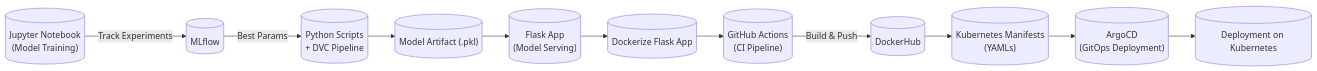
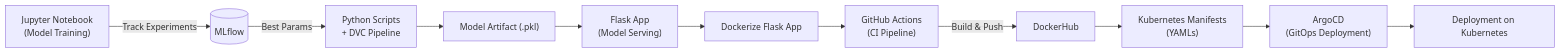
The diagram in README.md (Kartikdudeja/ci-cd-mlops-pipeline), drawn with Mermaid before and after one commit. The commit also changed other lines of this file, not shown here.

````diff
--- a/README.md
+++ b/README.md
@@ -21,19 +21,19 @@
 ```mermaid
 flowchart LR
-    A[("Jupyter Notebook
-(Model Training)")] -->|Track Experiments| B[(MLflow)]
-    B -->|Best Params| C[("Python Scripts
-+ DVC Pipeline")]
-    C --> D[("Model Artifact (.pkl)")]
-    D --> E[("Flask App
-(Model Serving)")]
-    E --> F[("Dockerize Flask App")]
-    F --> G[("GitHub Actions
-(CI Pipeline)")]
-    G -->|Build & Push| H[(DockerHub)]
-    H --> I[("Kubernetes Manifests
-(YAMLs)")]
-    I --> J[("ArgoCD
-(GitOps Deployment)")]
-    J --> K[("Deployment on Kubernetes")]
+    A["Jupyter Notebook
+(Model Training)"] -->|Track Experiments| B[(MLflow)]
+    B -->|Best Params| C["Python Scripts
++ DVC Pipeline"]
+    C --> D["Model Artifact (.pkl)"]
+    D --> E["Flask App
+(Model Serving)"]
+    E --> F["Dockerize Flask App"]
+    F --> G["GitHub Actions
+(CI Pipeline)"]
+    G -->|Build & Push| H[DockerHub]
+    H --> I["Kubernetes Manifests
+(YAMLs)"]
+    I --> J["ArgoCD
+(GitOps Deployment)"]
+    J --> K["Deployment on Kubernetes"]
 ```
````
